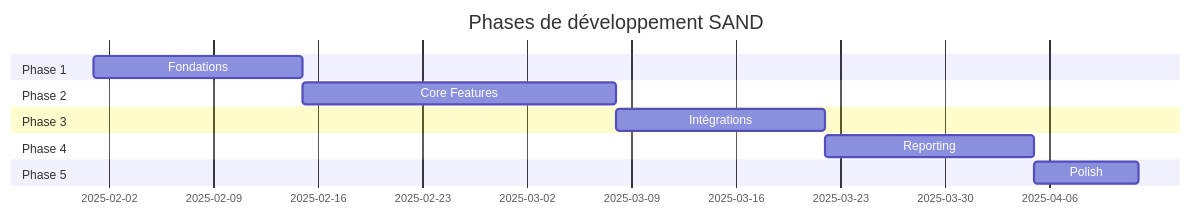
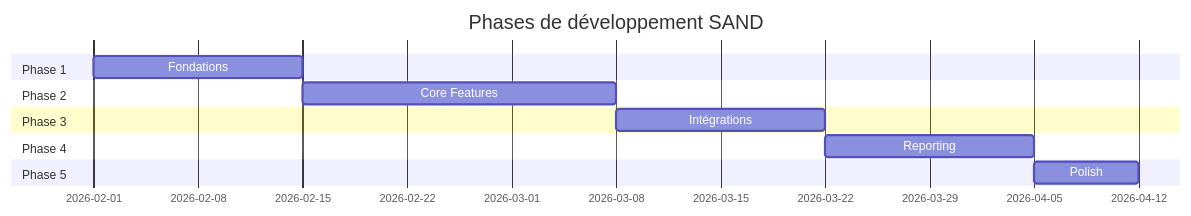
The diagram in docs/05_BACKLOG.md (OnyxynO/Sand), drawn with Mermaid before and after one commit. The commit also changed other lines of this file and 9 other files, not shown here.

````diff
--- a/docs/05_BACKLOG.md
+++ b/docs/05_BACKLOG.md
@@ -9,15 +9,15 @@
 ```mermaid
 gantt
     title Phases de développement SAND
     dateFormat  YYYY-MM-DD
     section Phase 1
-    Fondations           :p1, 2025-02-01, 2w
+    Fondations           :p1, 2026-02-01, 2w
     section Phase 2
     Core Features        :p2, after p1, 3w
     section Phase 3
     Intégrations         :p3, after p2, 2w
     section Phase 4
     Reporting            :p4, after p3, 2w
     section Phase 5
     Polish               :p5, after p4, 1w
 ```
````
